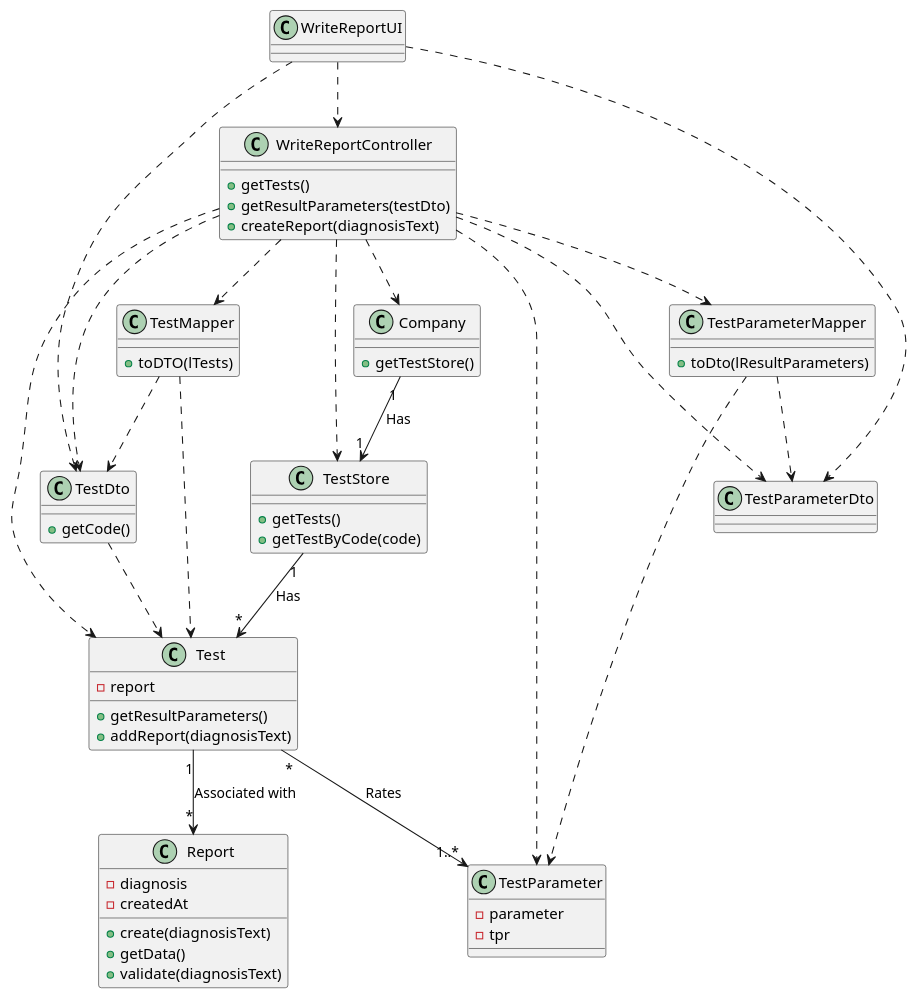
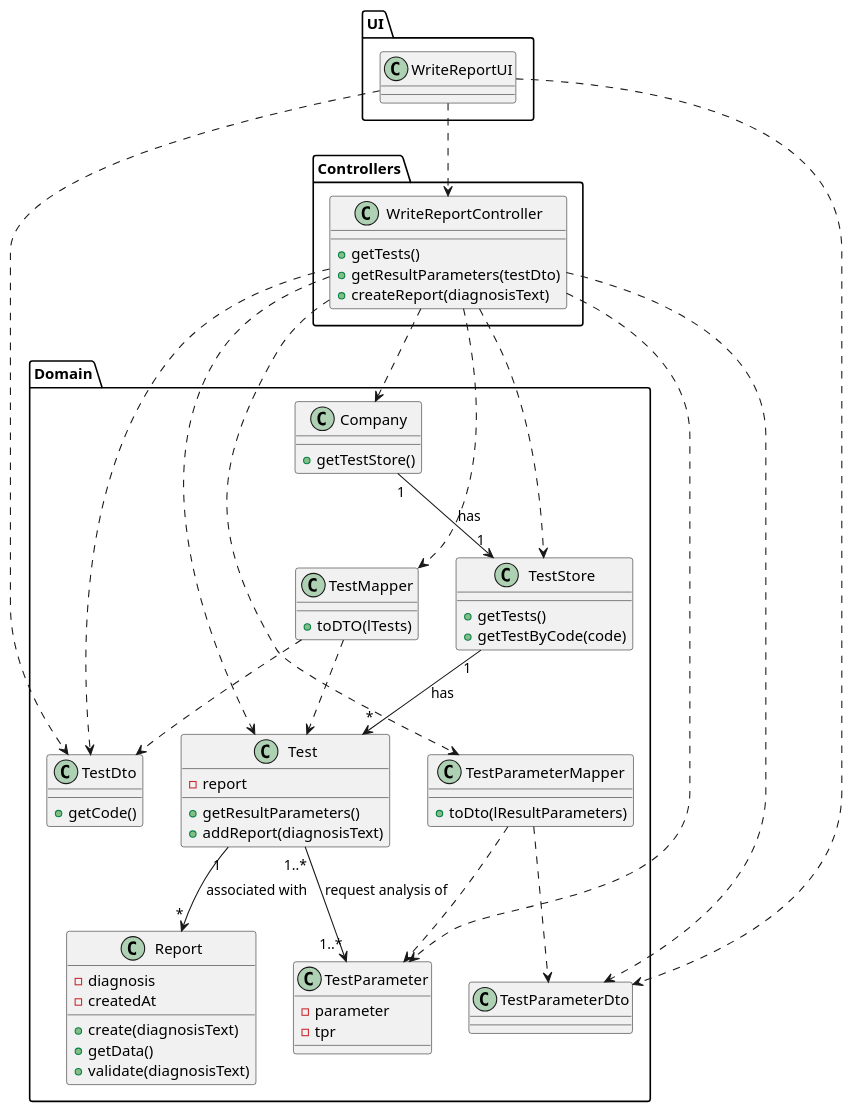
The diagram in docs/SprintC/US14_MakeDiagnosisWriteReport/US014_CD.puml (Pedromaia26/LAPR2-ISEP), drawn with PlantUML before and after one commit. The commit also changed 3 other files, not shown here.

```diff
--- a/docs/SprintC/US14_MakeDiagnosisWriteReport/US014_CD.puml
+++ b/docs/SprintC/US14_MakeDiagnosisWriteReport/US014_CD.puml
@@ -1,52 +1,68 @@
 @startuml
+package UI{
+    Class WriteReportUI
+}
+package Controllers{
+    Class WriteReportController
+}
+package Domain{
+    Class TestDto
+    Class TestParameterDto
+    Class Company
+    Class TestParameterMapper
+    Class TestParameter
+    Class Test
+    Class TestMapper
+    Class TestStore
+    Class TestParameterDto
+    Class Report
+}
 WriteReportUI ..> WriteReportController
 WriteReportUI ..> TestDto
 WriteReportUI ..> TestParameterDto
 WriteReportController..>Company
 WriteReportController..>TestParameterMapper
 WriteReportController..>TestParameter
 WriteReportController..>Test
 WriteReportController..>TestDto
 WriteReportController..>TestMapper
 WriteReportController..>TestStore
 WriteReportController..>TestParameterDto
 
 WriteReportController : +getTests()
 WriteReportController : +getResultParameters(testDto)
 WriteReportController : +createReport(diagnosisText)
 
 Company : +getTestStore()
-Company"1" --> "1"TestStore: Has
+Company"1" --> "1"TestStore: has
 
 TestStore : +getTests()
 TestStore : +getTestByCode(code)
-TestStore"1" --> "*"Test: Has
+TestStore"1" --> "*"Test: has
 
 TestMapper : +toDTO(lTests)
 TestMapper..>Test
 TestMapper..>TestDto
 
 TestDto : +getCode()
 
 Test : +getResultParameters()
 Test : +addReport(diagnosisText)
 Test : -report
 
-Test"1" --> "*"Report : Associated with
-Test"*" --> "1..*"TestParameter: Rates
+Test"1" --> "*"Report : associated with
+Test"1..*" --> "1..*"TestParameter: request analysis of
 
 TestParameterMapper : +toDto(lResultParameters)
 TestParameterMapper..>TestParameter
 TestParameterMapper..>TestParameterDto
 
 TestParameter : -parameter
 TestParameter : -tpr
 
-TestDto..>Test
-
 Report : +create(diagnosisText)
 Report : +getData()
 Report : +validate(diagnosisText)
 Report : -diagnosis
 Report : -createdAt
 @enduml
```
